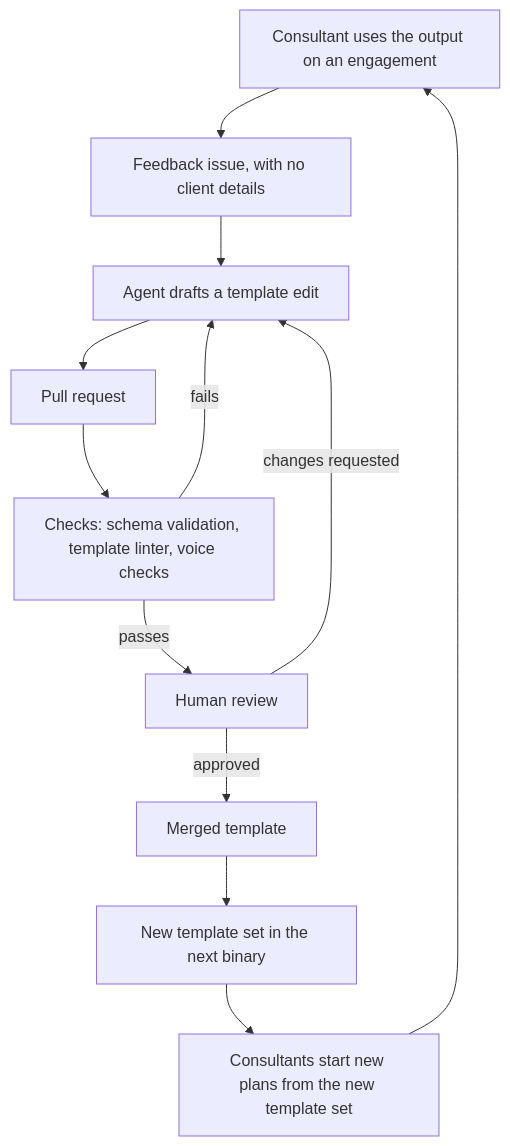
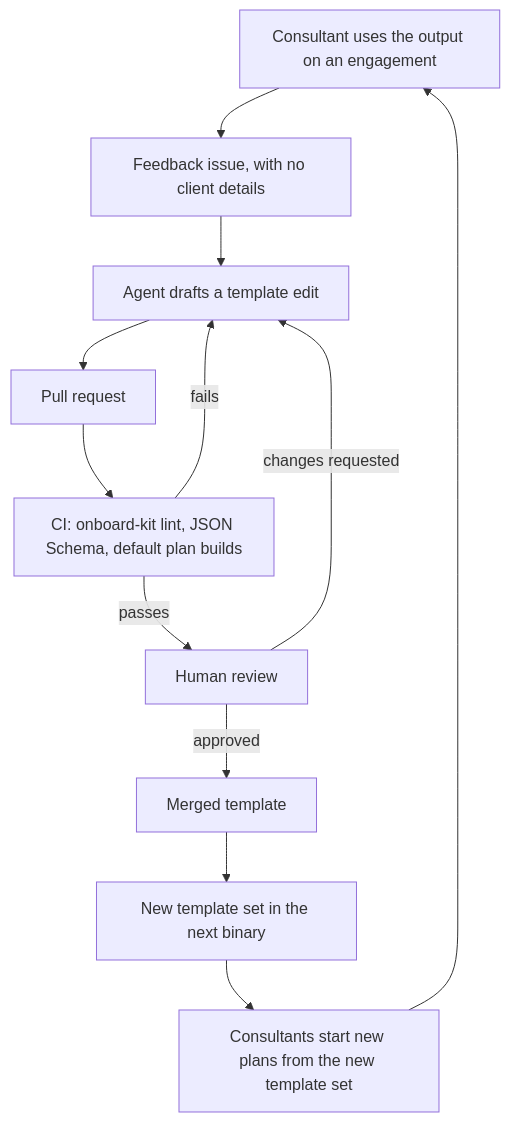
Before and after one commit to 8thlight-daveloper/onboard-kit: the diagram in docs/architecture/authoring-loop.md, drawn with Mermaid. The commit also changed other lines of this file and 7 other files, not shown here.

Commit message:
Add the section validator and template linter, and run lint in CI

````diff
--- a/docs/architecture/authoring-loop.md
+++ b/docs/architecture/authoring-loop.md
@@ -7,24 +7,24 @@
 ```mermaid
 flowchart TB
     use["Consultant uses the output on an engagement"]
     feedback["Feedback issue, with no client details"]
     draft["Agent drafts a template edit"]
     pr["Pull request"]
-    checks["Checks: schema validation, template linter, voice checks"]
+    checks["CI: onboard-kit lint, JSON Schema, default plan builds"]
     review["Human review"]
     merge["Merged template"]
     release["New template set in the next binary"]
     regen["Consultants start new plans from the new template set"]
 
     use --> feedback
     feedback --> draft
     draft --> pr
     pr --> checks
     checks -->|fails| draft
     checks -->|passes| review
     review -->|changes requested| draft
     review -->|approved| merge
     merge --> release
     release --> regen
     regen --> use
 ```
````
